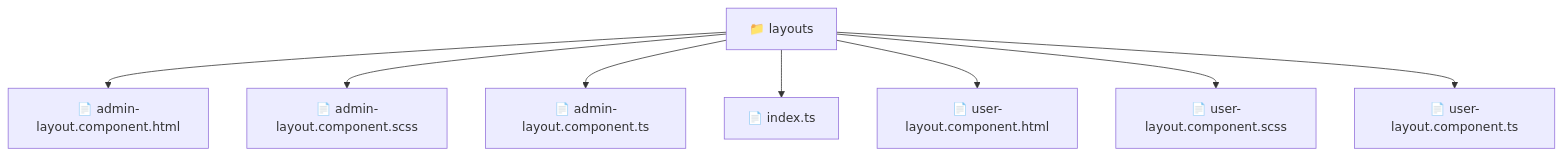
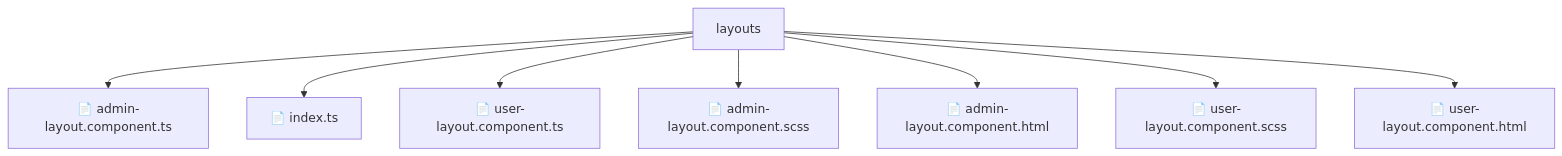
One commit to beginwebdev2002/fullstack-mavluda changed the diagram in frontend/src/widgets/layouts/README.md. Above: the diagram before and after it, drawn with Mermaid. The commit also changed other lines of this file and 155 other files, not shown here.

````diff
--- a/frontend/src/widgets/layouts/README.md
+++ b/frontend/src/widgets/layouts/README.md
@@ -10,11 +14,11 @@
 ```mermaid
 graph TD
-  Root["📁 layouts"]
-  Root --> adminlayoutcomponenthtml["📄 admin-layout.component.html"]
-  Root --> adminlayoutcomponentscss["📄 admin-layout.component.scss"]
-  Root --> adminlayoutcomponentts["📄 admin-layout.component.ts"]
-  Root --> indexts["📄 index.ts"]
-  Root --> userlayoutcomponenthtml["📄 user-layout.component.html"]
-  Root --> userlayoutcomponentscss["📄 user-layout.component.scss"]
-  Root --> userlayoutcomponentts["📄 user-layout.component.ts"]
+    Root[layouts]
+    Root --> F0[📄 admin-layout.component.ts]
+    Root --> F1[📄 index.ts]
+    Root --> F2[📄 user-layout.component.ts]
+    Root --> F3[📄 admin-layout.component.scss]
+    Root --> F4[📄 admin-layout.component.html]
+    Root --> F5[📄 user-layout.component.scss]
+    Root --> F6[📄 user-layout.component.html]
 ```
````
